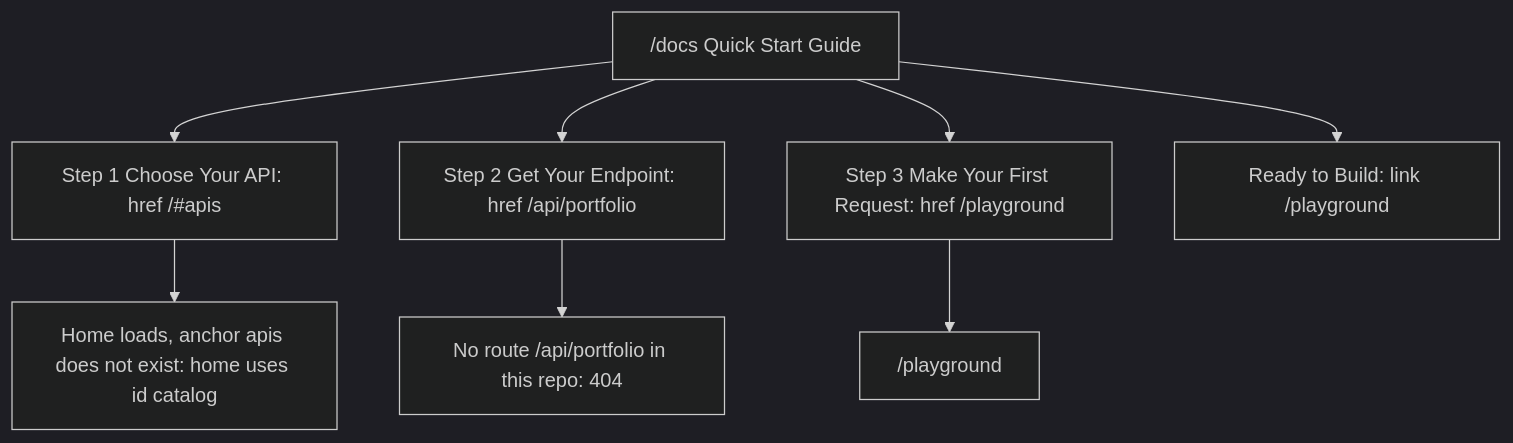
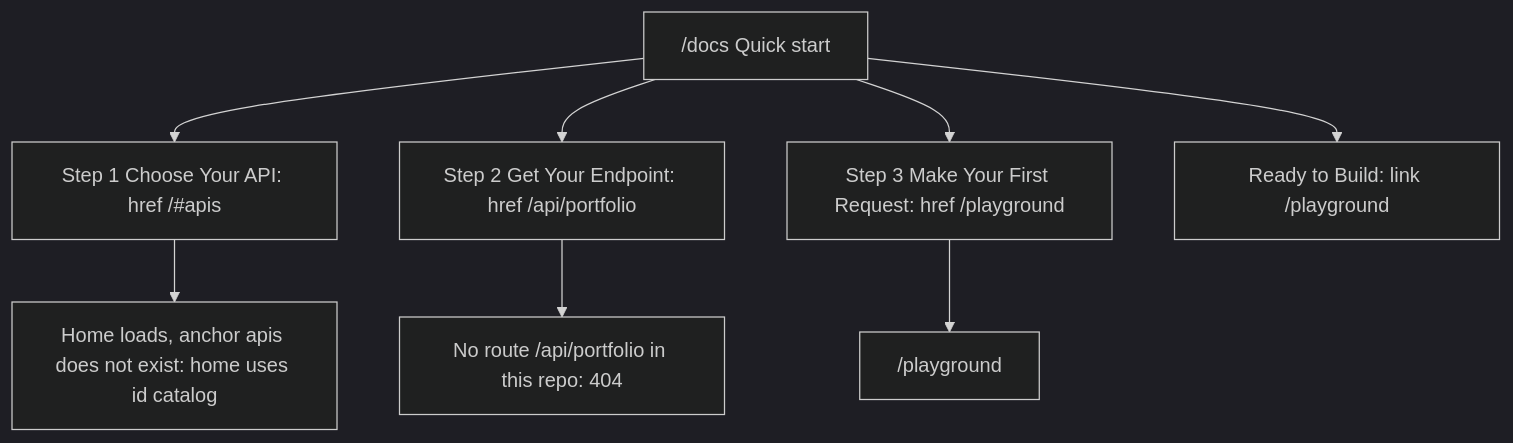
One commit to bookchaowalit-website/devtools-devhub-web changed the second of 3 diagrams in docs/diagrams/03-user-flows.md. Above: the diagram before and after it, drawn with Mermaid (dark theme). The commit also changed 8 other files, not shown here.

````diff
--- a/docs/diagrams/03-user-flows.md
+++ b/docs/diagrams/03-user-flows.md
@@ -28,10 +28,10 @@
 ```mermaid
 flowchart TD
-  D["/docs Quick Start Guide"] --> S1["Step 1 Choose Your API: href /#apis"]
+  D["/docs Quick start"] --> S1["Step 1 Choose Your API: href /#apis"]
   D --> S2["Step 2 Get Your Endpoint: href /api/portfolio"]
   D --> S3["Step 3 Make Your First Request: href /playground"]
   S1 --> X1["Home loads, anchor apis does not exist: home uses id catalog"]
   S2 --> X2["No route /api/portfolio in this repo: 404"]
   S3 --> P["/playground"]
   D --> R["Ready to Build: link /playground"]
 ```
````
